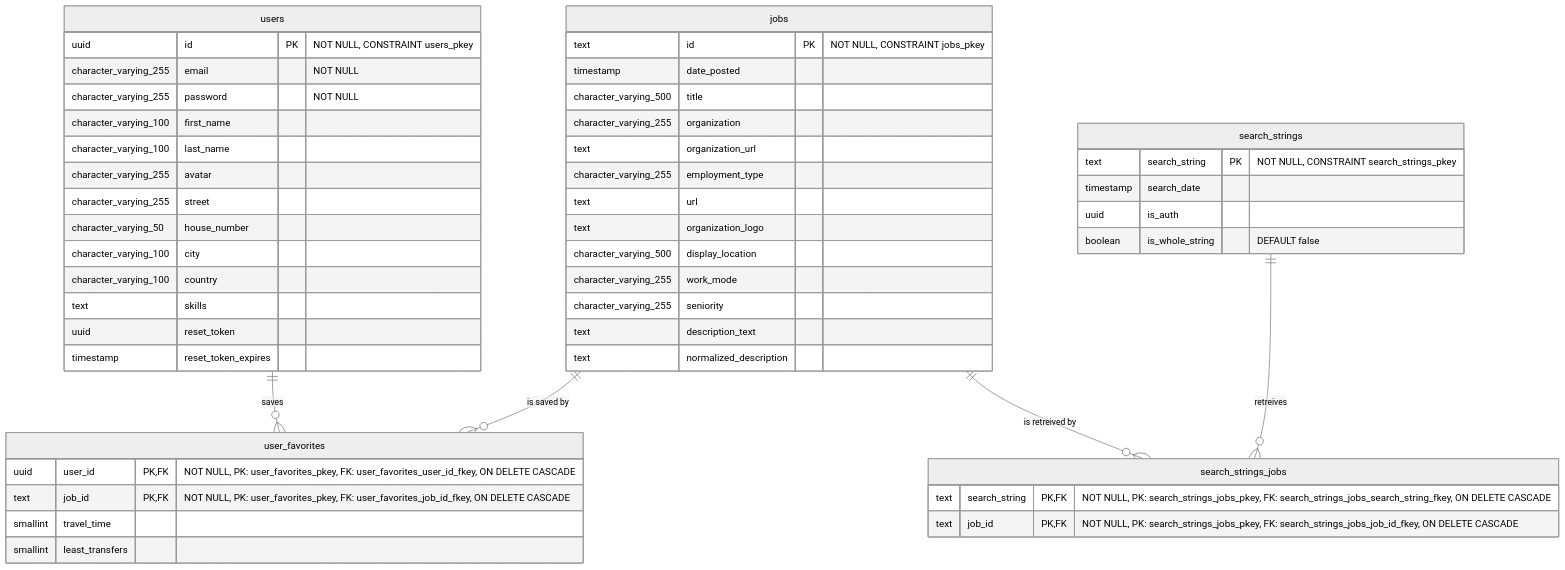
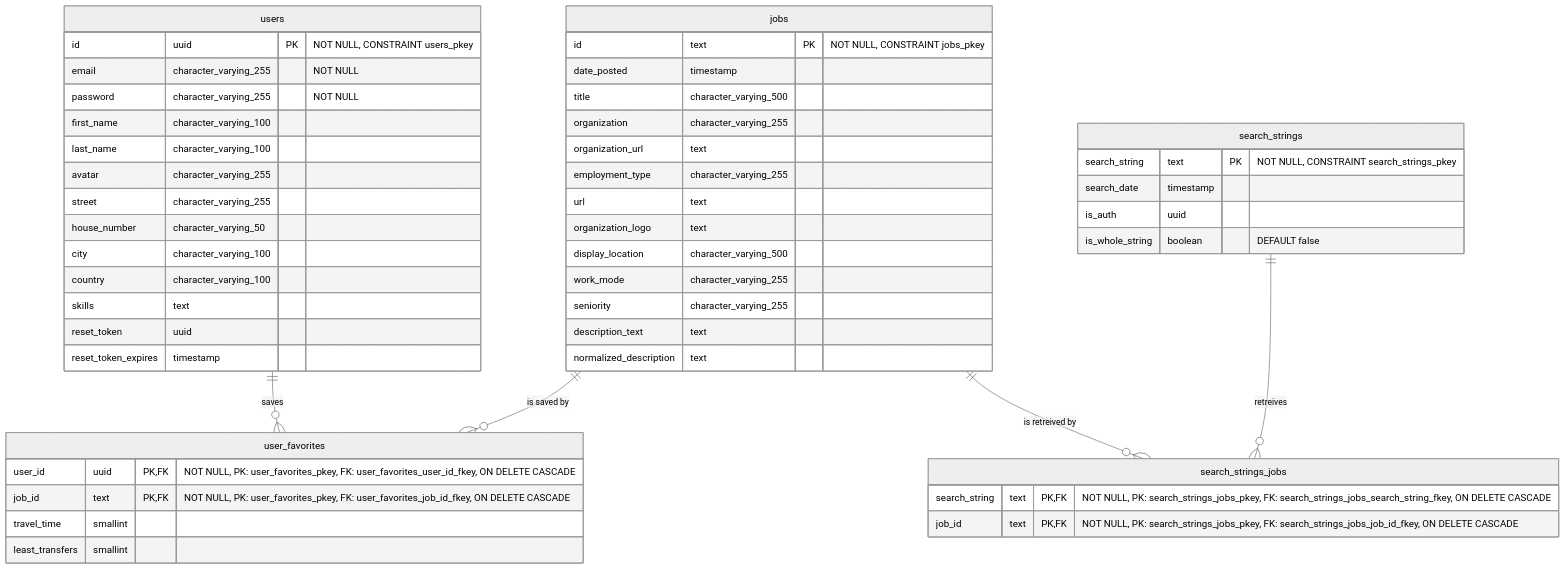
Before and after one commit to YahyaAl-Ademi/2025.10.23-JobCompass: the diagram in documentation/ERD.md, drawn with Mermaid (neutral theme).

Commit message:
refactor: update ERD for users, jobs, user_favorites, search_strings, and search_strings_jobs tables; improve attribute definitions and consistency

````diff
--- a/documentation/ERD.md
+++ b/documentation/ERD.md
@@ -5,58 +5,58 @@
 ```mermaid
 erDiagram
     users ||--o{ user_favorites : "saves"
     jobs ||--o{ user_favorites : "is saved by"
     search_strings ||--o{ search_strings_jobs : "retreives"
     jobs ||--o{ search_strings_jobs : "is retreived by"
 
     users {
-        uuid id PK "NOT NULL, CONSTRAINT users_pkey"
-        character_varying_255 email "NOT NULL"
-        character_varying_255 password "NOT NULL"
-        character_varying_100 first_name
-        character_varying_100 last_name
-        character_varying_255 avatar
-        character_varying_255 street
-        character_varying_50 house_number
-        character_varying_100 city
-        character_varying_100 country
-        text skills
-        uuid reset_token
-        timestamp reset_token_expires
+        id uuid PK "NOT NULL, CONSTRAINT users_pkey"
+        email character_varying_255 "NOT NULL"
+        password character_varying_255 "NOT NULL"
+        first_name character_varying_100
+        last_name character_varying_100
+        avatar character_varying_255
+        street character_varying_255
+        house_number character_varying_50
+        city character_varying_100
+        country character_varying_100
+        skills text
+        reset_token uuid
+        reset_token_expires timestamp
     }
 
     jobs {
-        text id PK "NOT NULL, CONSTRAINT jobs_pkey"
-        timestamp date_posted
-        character_varying_500 title
-        character_varying_255 organization
-        text organization_url
-        character_varying_255 employment_type
-        text url
-        text organization_logo
-        character_varying_500 display_location
-        character_varying_255 work_mode
-        character_varying_255 seniority
-        text description_text
-        text normalized_description
+        id text PK "NOT NULL, CONSTRAINT jobs_pkey"
+        date_posted timestamp
+        title character_varying_500
+        organization character_varying_255
+        organization_url text
+        employment_type character_varying_255
+        url text
+        organization_logo text
+        display_location character_varying_500
+        work_mode character_varying_255
+        seniority character_varying_255
+        description_text text
+        normalized_description text
     }
 
     user_favorites {
-        uuid user_id PK,FK "NOT NULL, PK: user_favorites_pkey, FK: user_favorites_user_id_fkey, ON DELETE CASCADE"
-        text job_id PK,FK "NOT NULL, PK: user_favorites_pkey, FK: user_favorites_job_id_fkey, ON DELETE CASCADE"
-        smallint travel_time
-        smallint least_transfers
+        user_id uuid PK,FK "NOT NULL, PK: user_favorites_pkey, FK: user_favorites_user_id_fkey, ON DELETE CASCADE"
+        job_id text PK,FK "NOT NULL, PK: user_favorites_pkey, FK: user_favorites_job_id_fkey, ON DELETE CASCADE"
+        travel_time smallint
+        least_transfers smallint
     }
 
     search_strings {
-        text search_string PK "NOT NULL, CONSTRAINT search_strings_pkey"
-        timestamp search_date
-        uuid is_auth
-        boolean is_whole_string "DEFAULT false"
+        search_string text PK "NOT NULL, CONSTRAINT search_strings_pkey"
+        search_date timestamp
+        is_auth uuid
+        is_whole_string boolean "DEFAULT false"
     }
 
     search_strings_jobs {
-        text search_string PK,FK "NOT NULL, PK: search_strings_jobs_pkey, FK: search_strings_jobs_search_string_fkey, ON DELETE CASCADE"
-        text job_id PK,FK "NOT NULL, PK: search_strings_jobs_pkey, FK: search_strings_jobs_job_id_fkey, ON DELETE CASCADE"
+        search_string text PK,FK "NOT NULL, PK: search_strings_jobs_pkey, FK: search_strings_jobs_search_string_fkey, ON DELETE CASCADE"
+        job_id text PK,FK "NOT NULL, PK: search_strings_jobs_pkey, FK: search_strings_jobs_job_id_fkey, ON DELETE CASCADE"
     }
 ```
````
